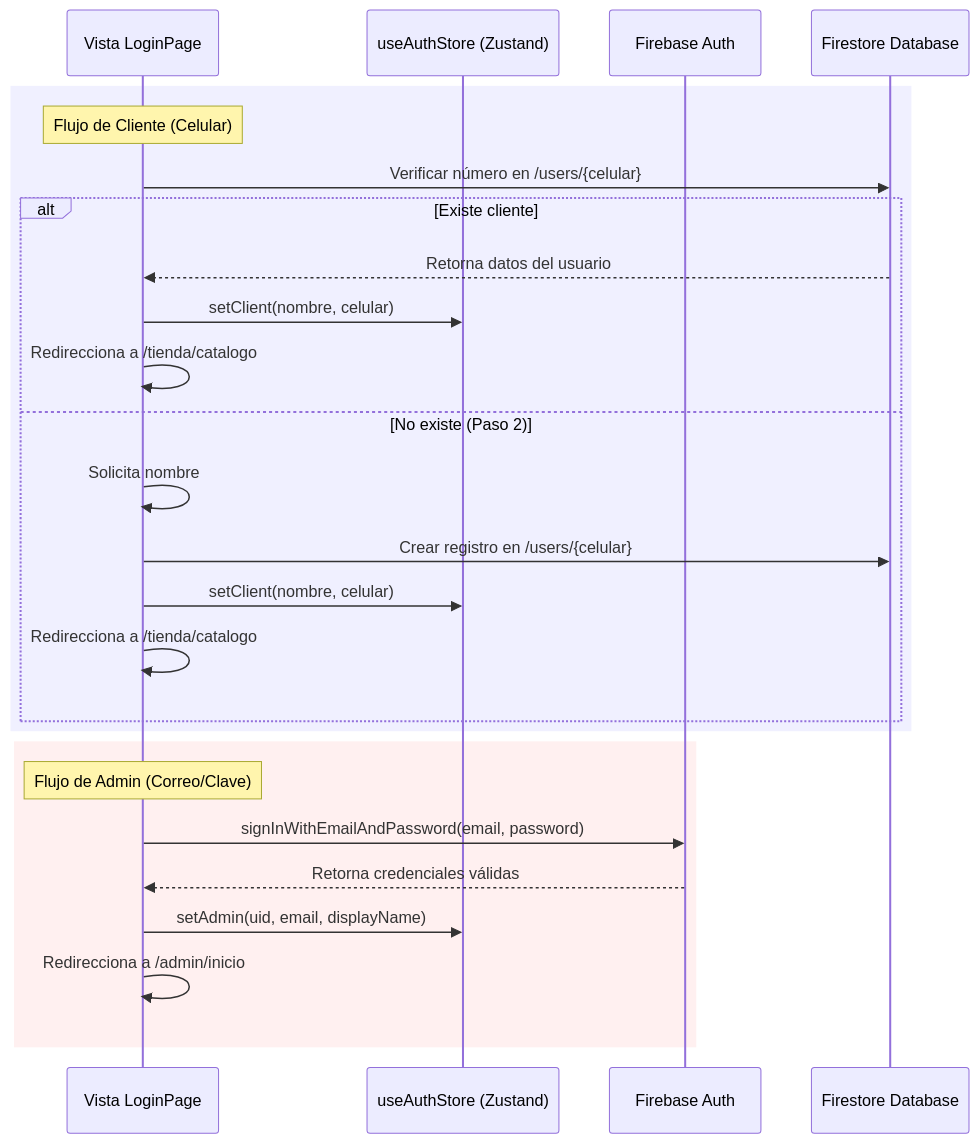
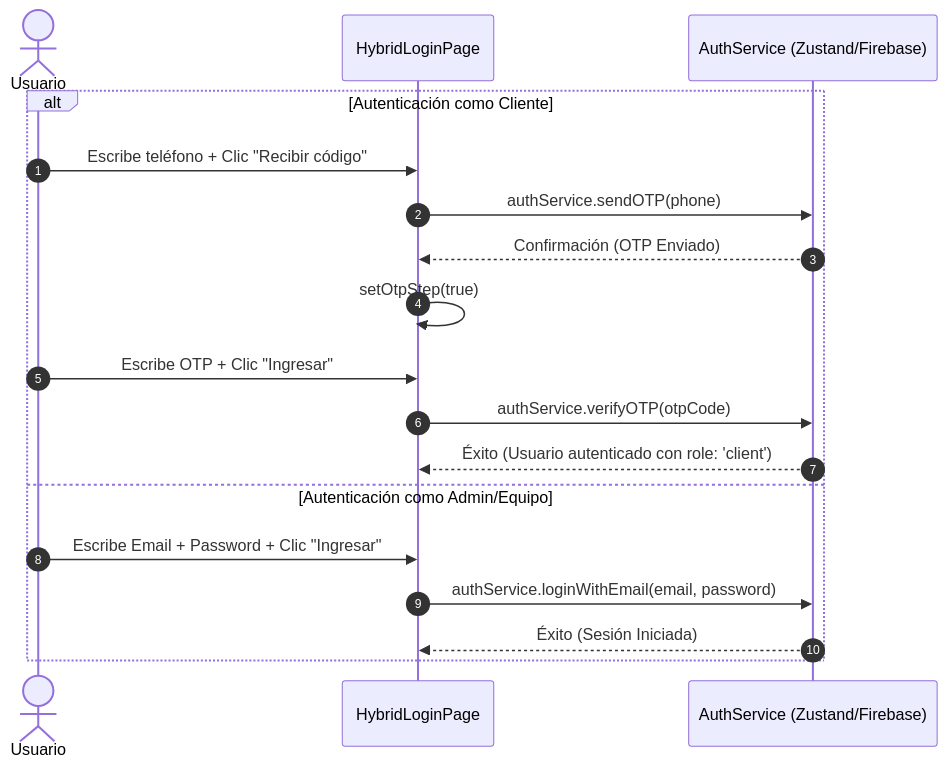
The diagram in Documentacion PROTOTIPE/06_Biblioteca_Componentes/Paginas/Pagina_Login/login_page.md (DEVPROTOTIPE/PROTOTIPE), drawn with Mermaid before and after one commit. The commit also changed other lines of this file and 12 other files, not shown here.

````diff
--- a/Documentacion PROTOTIPE/06_Biblioteca_Componentes/Paginas/Pagina_Login/login_page.md
+++ b/Documentacion PROTOTIPE/06_Biblioteca_Componentes/Paginas/Pagina_Login/login_page.md
@@ -527,30 +323,21 @@
 ```mermaid
 sequenceDiagram
-    participant UI as Vista LoginPage
-    participant Store as useAuthStore (Zustand)
-    participant Auth as Firebase Auth
-    participant DB as Firestore Database
-    
-    rect rgb(240, 240, 255)
-        Note over UI: Flujo de Cliente (Celular)
-        UI->>DB: Verificar número en /users/{celular}
-        alt Existe cliente
-            DB-->>UI: Retorna datos del usuario
-            UI->>Store: setClient(nombre, celular)
-            UI->>UI: Redirecciona a /tienda/catalogo
-        else No existe (Paso 2)
-            UI->>UI: Solicita nombre
-            UI->>DB: Crear registro en /users/{celular}
-            UI->>Store: setClient(nombre, celular)
-            UI->>UI: Redirecciona a /tienda/catalogo
-        end
-    end
-    
-    rect rgb(255, 240, 240)
-        Note over UI: Flujo de Admin (Correo/Clave)
-        UI->>Auth: signInWithEmailAndPassword(email, password)
-        Auth-->>UI: Retorna credenciales válidas
-        UI->>Store: setAdmin(uid, email, displayName)
-        UI->>UI: Redirecciona a /admin/inicio
+    autonumber
+    actor Usuario
+    participant View as HybridLoginPage
+    participant Service as AuthService (Zustand/Firebase)
+
+    alt Autenticación como Cliente
+        Usuario->>View: Escribe teléfono + Clic "Recibir código"
+        View->>Service: authService.sendOTP(phone)
+        Service-->>View: Confirmación (OTP Enviado)
+        View->>View: setOtpStep(true)
+        Usuario->>View: Escribe OTP + Clic "Ingresar"
+        View->>Service: authService.verifyOTP(otpCode)
+        Service-->>View: Éxito (Usuario autenticado con role: 'client')
+    else Autenticación como Admin/Equipo
+        Usuario->>View: Escribe Email + Password + Clic "Ingresar"
+        View->>Service: authService.loginWithEmail(email, password)
+        Service-->>View: Éxito (Sesión Iniciada)
     end
 ```
````
